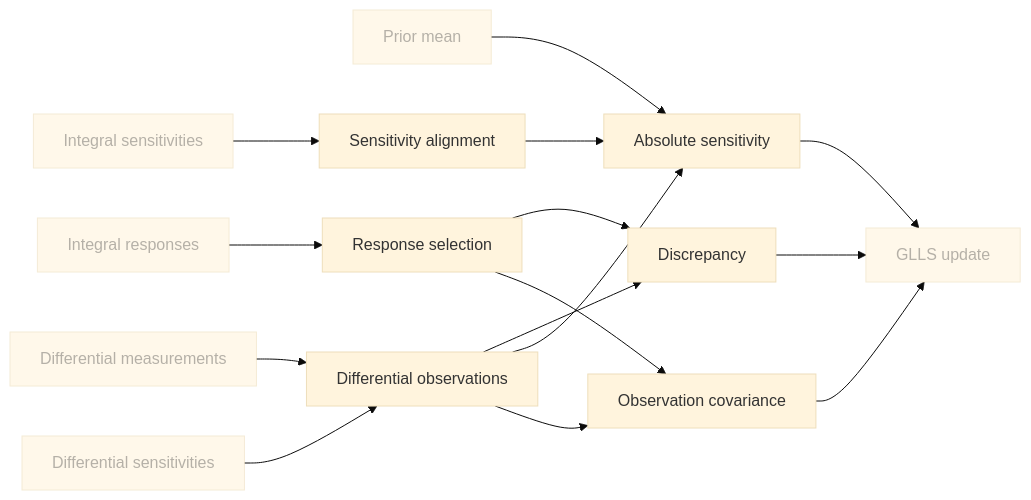
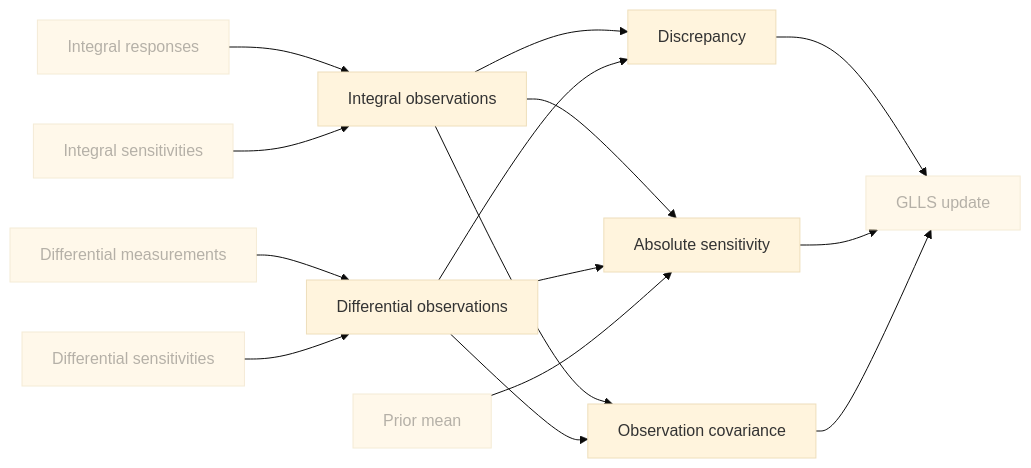
The fourth of 15 diagrams in DBC/CONCEPTS.md (aurja130/WPEC_SG52), drawn with Mermaid (base theme) before and after one commit. The commit also changed other lines of this file and 4 other files, not shown here.

````diff
--- a/DBC/CONCEPTS.md
+++ b/DBC/CONCEPTS.md
@@ -171,27 +188,23 @@
 ```mermaid
 flowchart LR
   IntegralSet["Integral responses"]
   IntegralSensitivities["Integral sensitivities"]
   DifferentialSet["Differential measurements"]
   DifferentialSensitivities["Differential sensitivities"]
   PriorMean["Prior mean"]
-  ResponseSelection["Response selection"]
+  IntegralObservations["Integral observations"]
   Discrepancy["Discrepancy"]
-  SensitivityAlignment["Sensitivity alignment"]
   AbsoluteSensitivity["Absolute sensitivity"]
   ObservationCovariance["Observation covariance"]
   DifferentialObservations["Differential observations"]
   Glls["GLLS update"]
-  IntegralSet --> ResponseSelection
-  ResponseSelection --> Discrepancy
-  ResponseSelection --> ObservationCovariance
-  IntegralSensitivities --> SensitivityAlignment
-  SensitivityAlignment & PriorMean --> AbsoluteSensitivity
+  IntegralSet & IntegralSensitivities --> IntegralObservations
   DifferentialSet & DifferentialSensitivities --> DifferentialObservations
-  DifferentialObservations --> Discrepancy & AbsoluteSensitivity & ObservationCovariance
+  IntegralObservations & DifferentialObservations --> Discrepancy & AbsoluteSensitivity & ObservationCovariance
+  PriorMean --> AbsoluteSensitivity
   Discrepancy & AbsoluteSensitivity & ObservationCovariance --> Glls
   classDef planned stroke-dasharray: 6 4
   classDef partial stroke-dasharray: 2 2
   classDef external opacity: 0.6
   class IntegralSet,IntegralSensitivities,DifferentialSet,DifferentialSensitivities,PriorMean,Glls external
 ```
````
